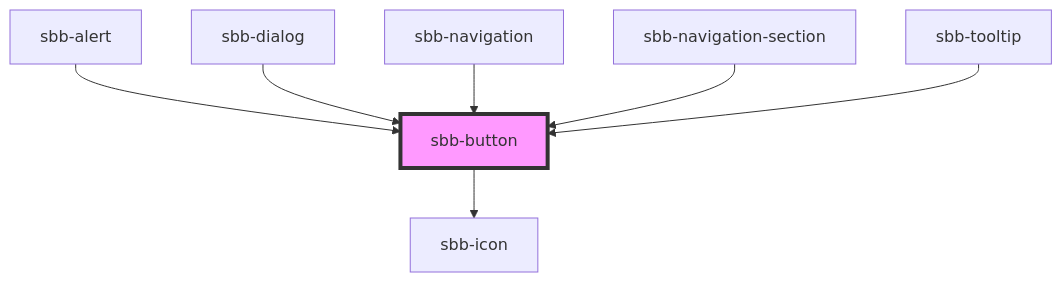
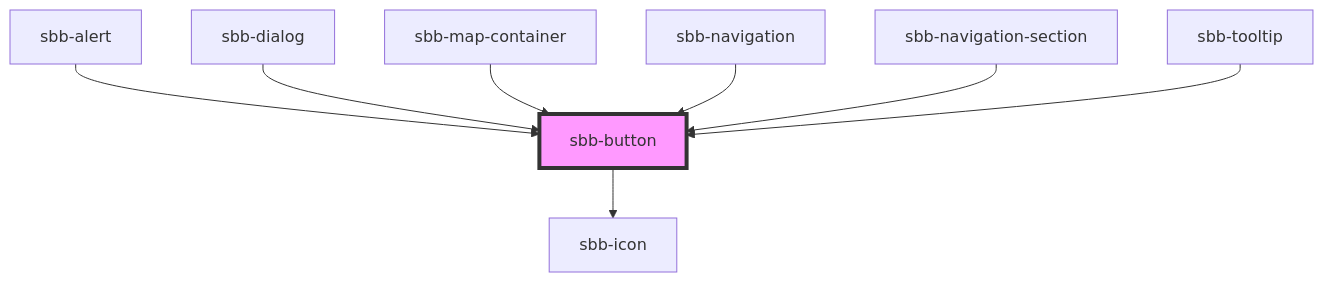
The diagram in src/components/sbb-button/readme.md (sbb-design-systems/lyne-components), drawn with Mermaid before and after one commit. The commit also changed other lines of this file and 8 other files, not shown here.

First line of the commit message:
refactor: 00000 sbb-map-container implementation

````diff
--- a/src/components/sbb-button/readme.md
+++ b/src/components/sbb-button/readme.md
@@ -89,10 +90,11 @@
 ```mermaid
 graph TD;
   sbb-button --> sbb-icon
   sbb-alert --> sbb-button
   sbb-dialog --> sbb-button
+  sbb-map-container --> sbb-button
   sbb-navigation --> sbb-button
   sbb-navigation-section --> sbb-button
   sbb-tooltip --> sbb-button
   style sbb-button fill:#f9f,stroke:#333,stroke-width:4px
 ```
````
